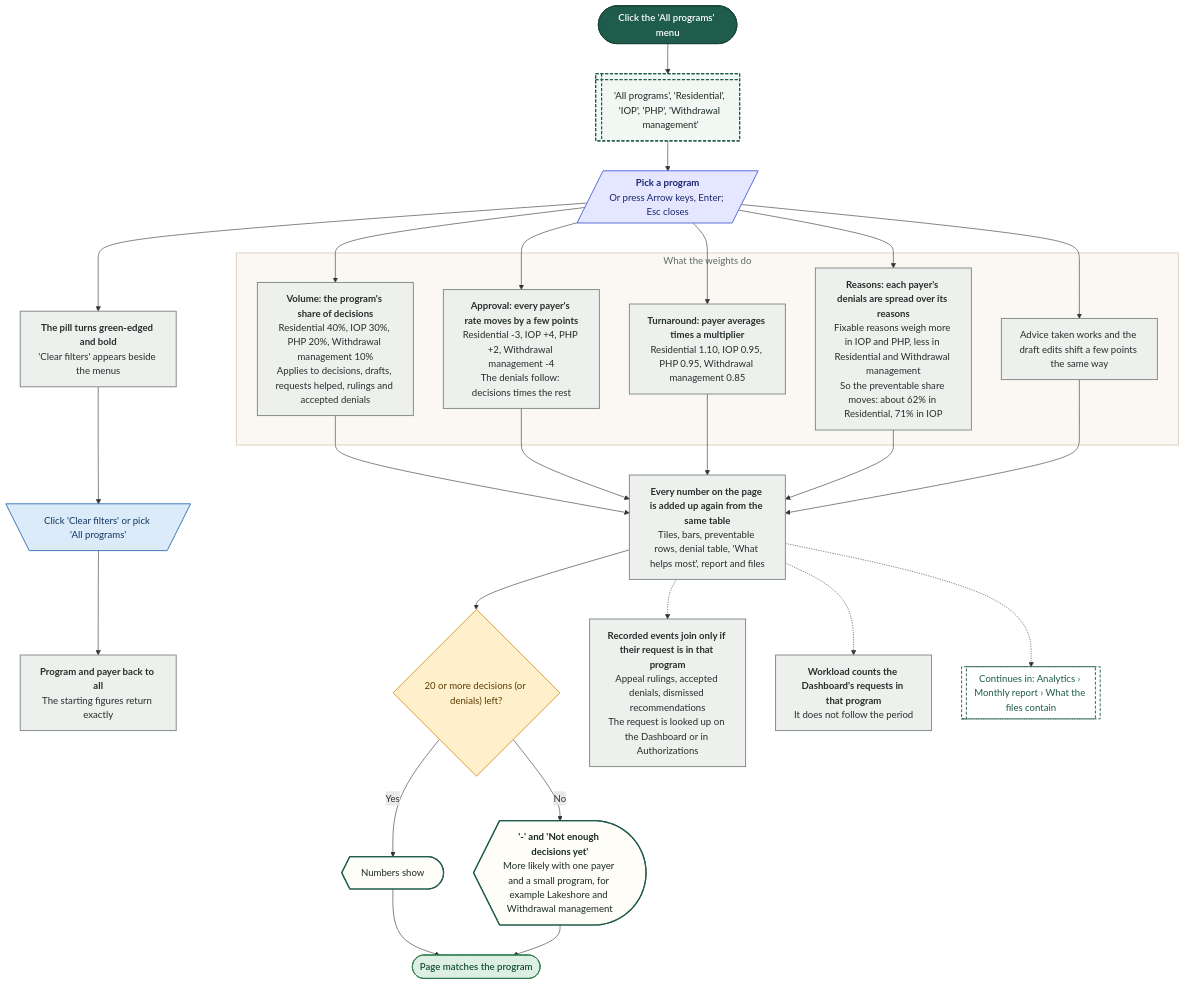
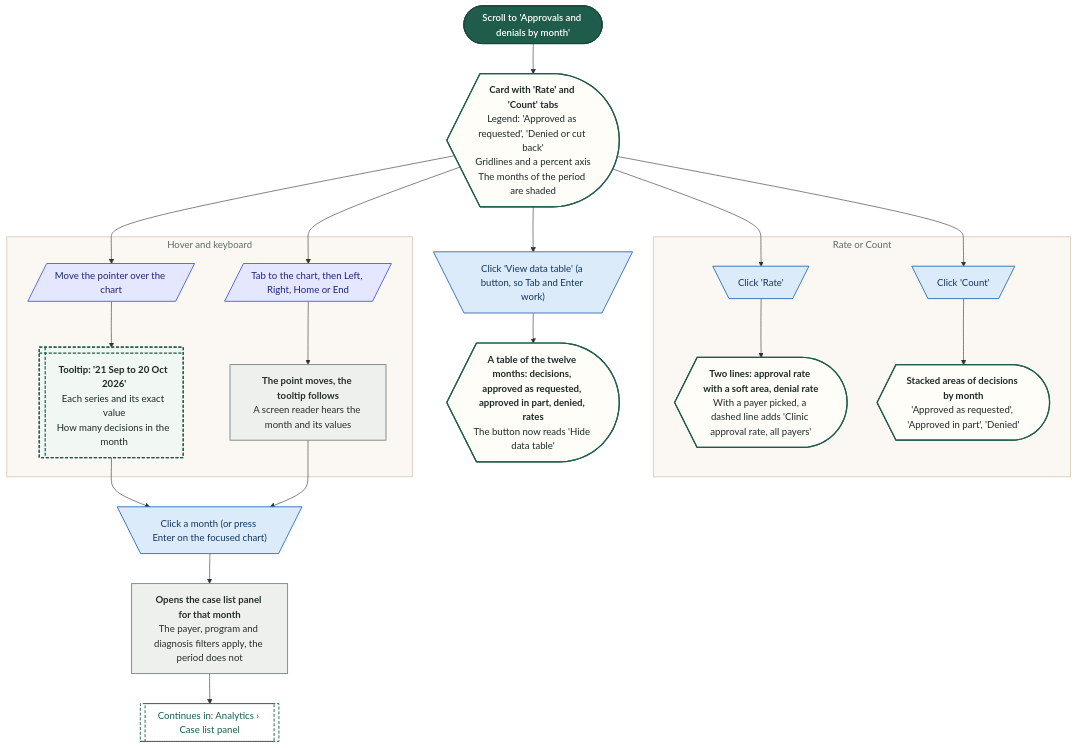
Before and after one commit to Shrav143/psyfloapp: the fourth of 18 diagrams in demos/prior-auth-demo/workflows/out/md/08-analytics.md, drawn with Mermaid. The commit also changed other lines of this file and 251 other files, not shown here.

First line of the commit message:
docs: rebuild the workflow diagrams (291) for round 4

````diff
--- a/demos/prior-auth-demo/workflows/out/md/08-analytics.md
+++ b/demos/prior-auth-demo/workflows/out/md/08-analytics.md
@@ -303,61 +234,55 @@
 ```mermaid
 %%{init: {"theme":"base","themeVariables":{"fontFamily":"'DM Sans', 'Segoe UI', system-ui, sans-serif","fontSize":"15px","lineColor":"#5B6B63","primaryTextColor":"#1C2B25","clusterBkg":"#FBF8F3","clusterBorder":"#D9CDBB","edgeLabelBackground":"#FFFFFF"},"flowchart":{"curve":"basis","nodeSpacing":36,"rankSpacing":48,"padding":12,"htmlLabels":true,"useMaxWidth":false,"wrappingWidth":230}} }%%
 flowchart TD
   classDef k_start fill:#1F5C4B,stroke:#174638,color:#FFFFFF,stroke-width:1.5px,font-weight:600
   classDef k_end fill:#DDEFE3,stroke:#2E7D4F,color:#14502F,stroke-width:1.5px,font-weight:600
   classDef k_endx fill:#FBE3E0,stroke:#C0392B,color:#7A1F16,stroke-width:1.5px,font-weight:600
   classDef k_screen fill:#FFFDF8,stroke:#1F5C4B,color:#1C2B25,stroke-width:2px
   classDef k_overlay fill:#F1F7F3,stroke:#1F5C4B,color:#1C2B25,stroke-width:2px,stroke-dasharray:5 3
   classDef k_click fill:#DCEBFA,stroke:#2F6DB5,color:#12365F,stroke-width:1.5px
   classDef k_input fill:#E4E7FF,stroke:#4C5FD5,color:#1D2670,stroke-width:1.5px
   classDef k_process fill:#EEF0EE,stroke:#7A857F,color:#26302B,stroke-width:1.5px
   classDef k_agent fill:#EEE5FA,stroke:#7A4FC2,color:#341A63,stroke-width:1.5px
   classDef k_decision fill:#FFF0CC,stroke:#D9962B,color:#5C3B00,stroke-width:1.5px
   classDef k_store fill:#D5F0EA,stroke:#1C8E7B,color:#0B4A3F,stroke-width:1.5px
   classDef k_doc fill:#F6E9DC,stroke:#B07A4C,color:#4A2E14,stroke-width:1.5px
   classDef k_ext fill:#FFE6D2,stroke:#E07B39,color:#6B2F06,stroke-width:1.5px
   classDef k_wait fill:#E4E8EE,stroke:#6B7C93,color:#26303D,stroke-width:1.5px
   classDef k_toast fill:#FFF9DB,stroke:#C9A400,color:#5A4A00,stroke-width:1.5px
   classDef k_goto fill:#FFFFFF,stroke:#1F5C4B,color:#1F5C4B,stroke-width:1.5px,stroke-dasharray:5 3
-  s1@{ shape: stadium, label: "Click the 'All programs' menu" }
-  o1@{ shape: win-pane, label: "'All programs', 'Residential', 'IOP', 'PHP', 'Withdrawal management'" }
-  i1@{ shape: lean-r, label: "<b>Pick a program</b><br/>Or press Arrow keys, Enter; Esc closes" }
-  p1@{ shape: rect, label: "<b>The pill turns green-edged and bold</b><br/>'Clear filters' appears beside the menus" }
-  subgraph gScale ["What the weights do"]
-  w1@{ shape: rect, label: "<b>Volume: the program's share of decisions</b><br/>Residential 40%, IOP 30%, PHP 20%, Withdrawal management 10%<br/>Applies to decisions, drafts, requests helped, rulings and accepted denials" }
-  w2@{ shape: rect, label: "<b>Approval: every payer's rate moves by a few points</b><br/>Residential -3, IOP +4, PHP +2, Withdrawal management -4<br/>The denials follow: decisions times the rest" }
-  w3@{ shape: rect, label: "<b>Turnaround: payer averages times a multiplier</b><br/>Residential 1.10, IOP 0.95, PHP 0.95, Withdrawal management 0.85" }
-  w4@{ shape: rect, label: "<b>Reasons: each payer's denials are spread over its reasons</b><br/>Fixable reasons weigh more in IOP and PHP, less in Residential and Withdrawal management<br/>So the preventable share moves: about 62% in Residential, 71% in IOP" }
-  w5@{ shape: rect, label: "Advice taken works and the draft edits shift a few points the same way" }
+  s1@{ shape: stadium, label: "Scroll to 'Approvals and denials by month'" }
+  sc@{ shape: curv-trap, label: "<b>Card with 'Rate' and 'Count' tabs</b><br/>Legend: 'Approved as requested', 'Denied or cut back'<br/>Gridlines and a percent axis<br/>The months of the period are shaded" }
+  subgraph gMode ["Rate or Count"]
+  m1@{ shape: trap-t, label: "Click 'Rate'" }
+  r1@{ shape: curv-trap, label: "<b>Two lines: approval rate with a soft area, denial rate</b><br/>With a payer picked, a dashed line adds 'Clinic approval rate, all payers'" }
+  m2@{ shape: trap-t, label: "Click 'Count'" }
+  r2@{ shape: curv-trap, label: "<b>Stacked areas of decisions by month</b><br/>'Approved as requested', 'Approved in part', 'Denied'" }
   end
-  r1@{ shape: rect, label: "<b>Every number on the page is added up again from the same table</b><br/>Tiles, bars, preventable rows, denial table, 'What helps most', report and files" }
-  r2@{ shape: rect, label: "<b>Recorded events join only if their request is in that program</b><br/>Appeal rulings, accepted denials, dismissed recommendations<br/>The request is looked up on the Dashboard or in Authorizations" }
-  r3@{ shape: rect, label: "<b>Workload counts the Dashboard's requests in that program</b><br/>It does not follow the period" }
-  q1@{ shape: diam, label: "20 or more decisions (or denials) left?" }
-  ok@{ shape: curv-trap, label: "Numbers show" }
-  hid@{ shape: curv-trap, label: "<b>'-' and 'Not enough decisions yet'</b><br/>More likely with one payer and a small program, for example Lakeshore and Withdrawal management" }
-  cl@{ shape: trap-t, label: "Click 'Clear filters' or pick 'All programs'" }
-  p2@{ shape: rect, label: "<b>Program and payer back to all</b><br/>The starting figures return exactly" }
-  g1@{ shape: subproc, label: "Continues in: Analytics › Monthly report › What the files contain" }
-  e1@{ shape: stadium, label: "Page matches the program" }
-  s1 --> o1 --> i1 --> p1
-  i1 --> w1 & w2 & w3 & w4 & w5
-  w1 & w2 & w3 & w4 & w5 --> r1
-  r1 --> q1
-  q1 -->|"Yes"| ok --> e1
-  q1 -->|"No"| hid --> e1
-  r1 -.-> r2
-  r1 -.-> r3
-  p1 --> cl --> p2
-  r1 -.-> g1
+  subgraph gHover ["Hover and keyboard"]
+  h1@{ shape: lean-r, label: "Move the pointer over the chart" }
+  h2@{ shape: win-pane, label: "<b>Tooltip: '21 Sep to 20 Oct 2026'</b><br/>Each series and its exact value<br/>How many decisions in the month" }
+  k1@{ shape: lean-r, label: "Tab to the chart, then Left, Right, Home or End" }
+  k2@{ shape: rect, label: "<b>The point moves, the tooltip follows</b><br/>A screen reader hears the month and its values" }
+  end
+  c1@{ shape: trap-t, label: "Click a month (or press Enter on the focused chart)" }
+  p1@{ shape: rect, label: "<b>Opens the case list panel for that month</b><br/>The payer, program and diagnosis filters apply, the period does not" }
+  g1@{ shape: subproc, label: "Continues in: Analytics › Case list panel" }
+  d1@{ shape: trap-t, label: "Click 'View data table' (a button, so Tab and Enter work)" }
+  d2@{ shape: curv-trap, label: "<b>A table of the twelve months: decisions, approved as requested, approved in part, denied, rates</b><br/>The button now reads 'Hide data table'" }
+  s1 --> sc --> m1 & m2
+  m1 --> r1
+  m2 --> r2
+  sc --> h1 --> h2
+  sc --> k1 --> k2
+  h2 & k2 --> c1 --> p1 --> g1
+  sc --> d1 --> d2
   class s1 k_start
-  class o1 k_overlay
-  class i1 k_input
-  class p1,w1,w2,w3,w4,w5,r1,r2,r3,p2 k_process
-  class q1 k_decision
-  class ok,hid k_screen
-  class cl k_click
+  class sc,r1,r2,d2 k_screen
+  class m1,m2,c1,d1 k_click
+  class h1,k1 k_input
+  class h2 k_overlay
+  class k2,p1 k_process
   class g1 k_goto
-  class e1 k_end
-  style gScale fill:#FBF8F3,stroke:#D9CDBB,stroke-width:1.5px,color:#5B6B63
+  style gMode fill:#FBF8F3,stroke:#D9CDBB,stroke-width:1.5px,color:#5B6B63
+  style gHover fill:#FBF8F3,stroke:#D9CDBB,stroke-width:1.5px,color:#5B6B63
 ```
````
